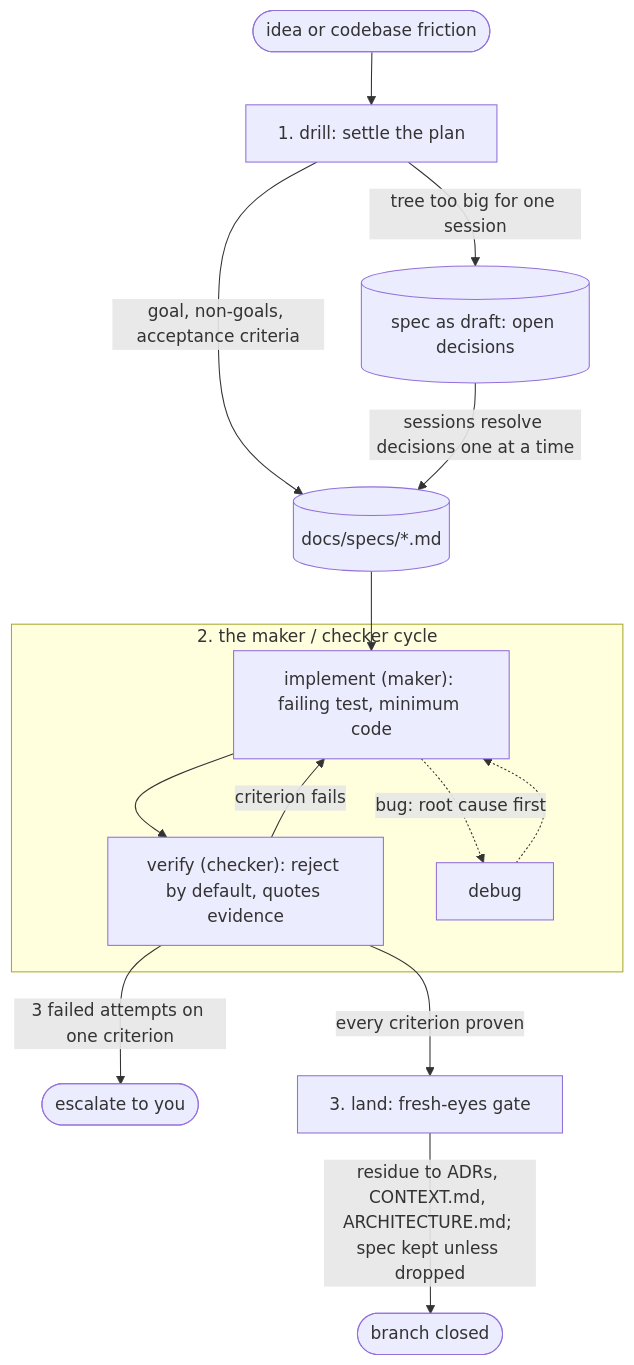
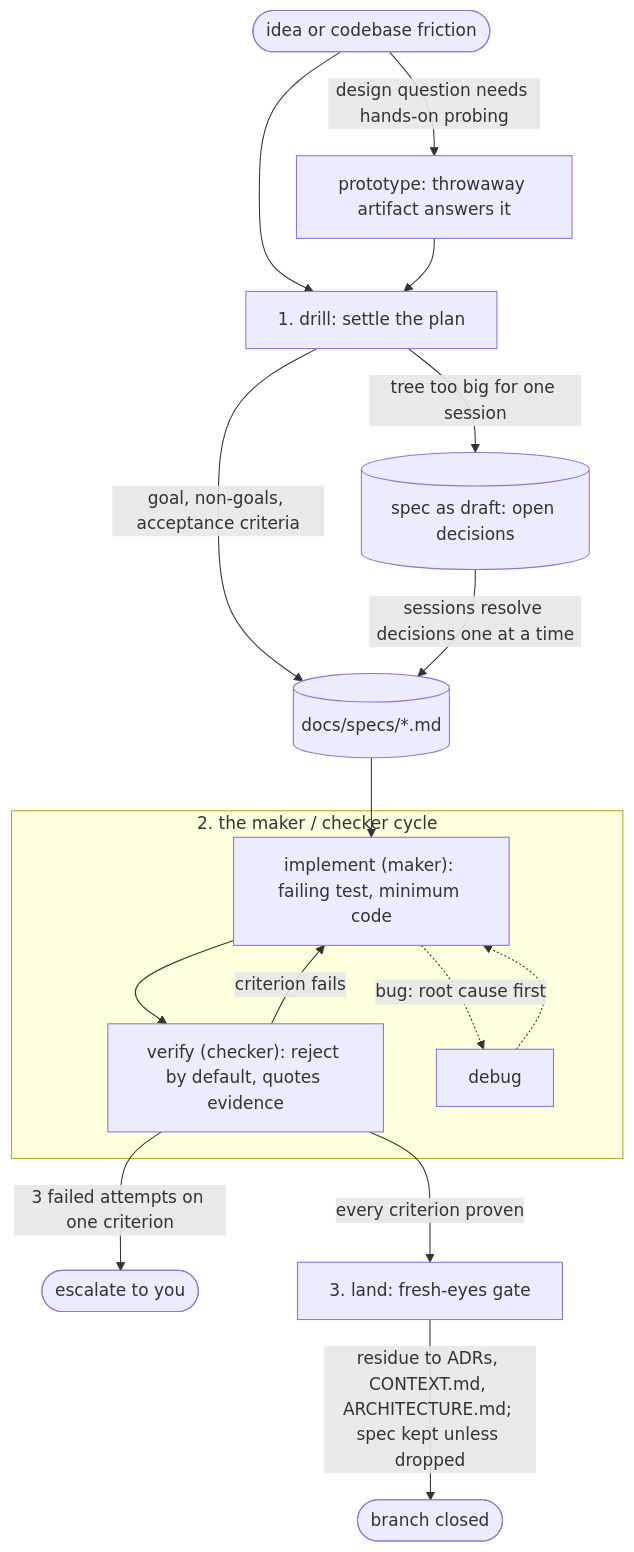
One commit to gitshrl/skills changed the diagram in README.md. Above: the diagram before and after it, drawn with Mermaid.

Commit message:
show prototype in the loop diagram

````diff
--- a/README.md
+++ b/README.md
@@ -17,19 +17,20 @@
 ```mermaid
 flowchart TD
     idea([idea or codebase friction]) --> drill["1. drill: settle the plan"]
+    idea -- "design question needs hands-on probing" --> proto["prototype: throwaway artifact answers it"] --> drill
     drill -- "goal, non-goals, acceptance criteria" --> spec[("docs/specs/*.md")]
     drill -- "tree too big for one session" --> draft[("spec as draft: open decisions")]
     draft -- "sessions resolve decisions one at a time" --> spec
     spec --> impl
 
     subgraph cycle["2. the maker / checker cycle"]
         impl["implement (maker): failing test, minimum code"] --> verify["verify (checker): reject by default, quotes evidence"]
         verify -- "criterion fails" --> impl
         impl -. "bug: root cause first" .-> debug
         debug -.-> impl
     end
 
     verify -- "3 failed attempts on one criterion" --> you(["escalate to you"])
     verify -- "every criterion proven" --> land["3. land: fresh-eyes gate"]
     land -- "residue to ADRs, CONTEXT.md, ARCHITECTURE.md; spec kept unless dropped" --> done([branch closed])
 ```
````
